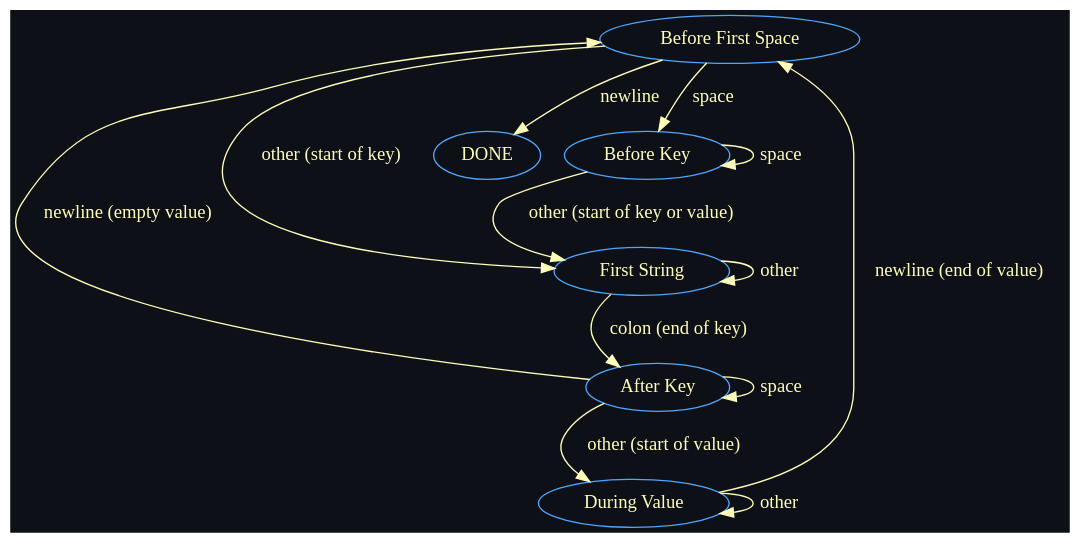
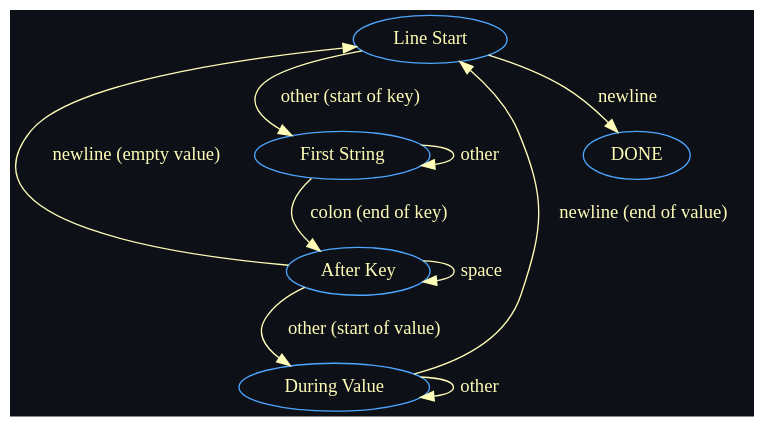
The diagram in header-parser-state-machine.dot (felipeasimos/minhttp), drawn with Graphviz before and after one commit. The commit also changed 3 other files, not shown here.

Commit message:
fixed dot graph

```diff
--- a/header-parser-state-machine.dot
+++ b/header-parser-state-machine.dot
@@ -1,20 +1,17 @@
 digraph HeaderParser {
   node [group=main, color="#4DA6FF", fontcolor="#FFFDB8"];
   edge [style=invis, weight=100, overlap=0, constraint=true, fontcolor="#FFFDB8", color="#FFFDB8"];
   graph [layout=dot, fontcolor="#FFFDB8", bgcolor="#0d1117"];
-  "Before First Space" -> "Before Key":e -> "First String":e -> "After Key":e -> "During Value":e [style=invisible, arrowhead=none];
+  "Line Start" -> "First String":e -> "After Key":e -> "During Value":e [style=invisible, arrowhead=none];
   edge [style=solid, weight=1, overlap=scale, constraint=true];
 
-  "Before First Space" -> "Before Key" [label="space"];
-  "Before First Space" -> "DONE" [label="newline"];
-  "Before First Space" -> "First String" [label="other (start of key)"];
-  "Before Key" -> "Before Key" [label="space"];
-  "Before Key" -> "First String" [label="other (start of key or value)"];
+  "Line Start" -> "DONE" [label="newline"];
+  "Line Start" -> "First String" [label="other (start of key)"];
   "First String" -> "First String" [label="other"];
   "First String" -> "After Key" [label="colon (end of key)"];
-  "After Key" -> "Before First Space" [label="newline (empty value)"];
+  "After Key" -> "Line Start" [label="newline (empty value)"];
   "After Key" -> "After Key" [label="space"];
   "After Key" -> "During Value" [label="other (start of value)"];
-  "During Value" -> "Before First Space" [label="newline (end of value)"];
+  "During Value" -> "Line Start" [label="newline (end of value)"];
   "During Value" -> "During Value" [label="other"];
 }
```
